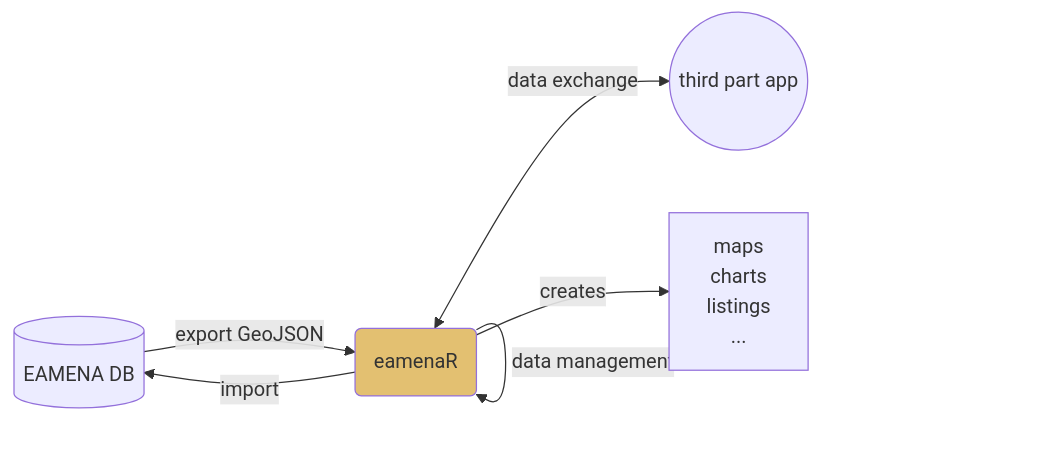
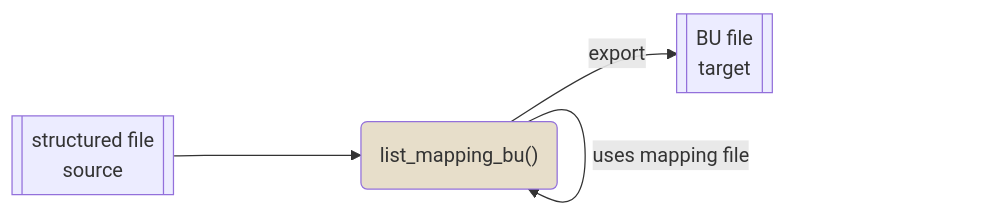
The diagram in data/bulk/temp.md (eamena-project/eamena-arches-dev), drawn with Mermaid before and after one commit. The commit also changed other lines of this file, not shown here.

Commit message:
mermaids

````diff
--- a/data/bulk/temp.md
+++ b/data/bulk/temp.md
@@ -3,9 +3,7 @@
 ```mermaid
 flowchart LR
-    A[(EAMENA DB)] --export GeoJSON--> B("eamenaR"):::eamenaRpkg;
-    B --data management--> B;
-    B <--data exchange--> C((third part app));
-    B --import--> A;
-    B --creates--> D[maps<br>charts<br>listings<br>...]
-    classDef eamenaRpkg fill:#e3c071;
+    A[[structured file<br>source]] ----> B("list_mapping_bu()"):::eamenaRfunction;;
+    B --uses mapping file--> B;
+    B --export--> C[[BU file<br>target]];
+    classDef eamenaRfunction fill:#e7deca;
 ```
````
